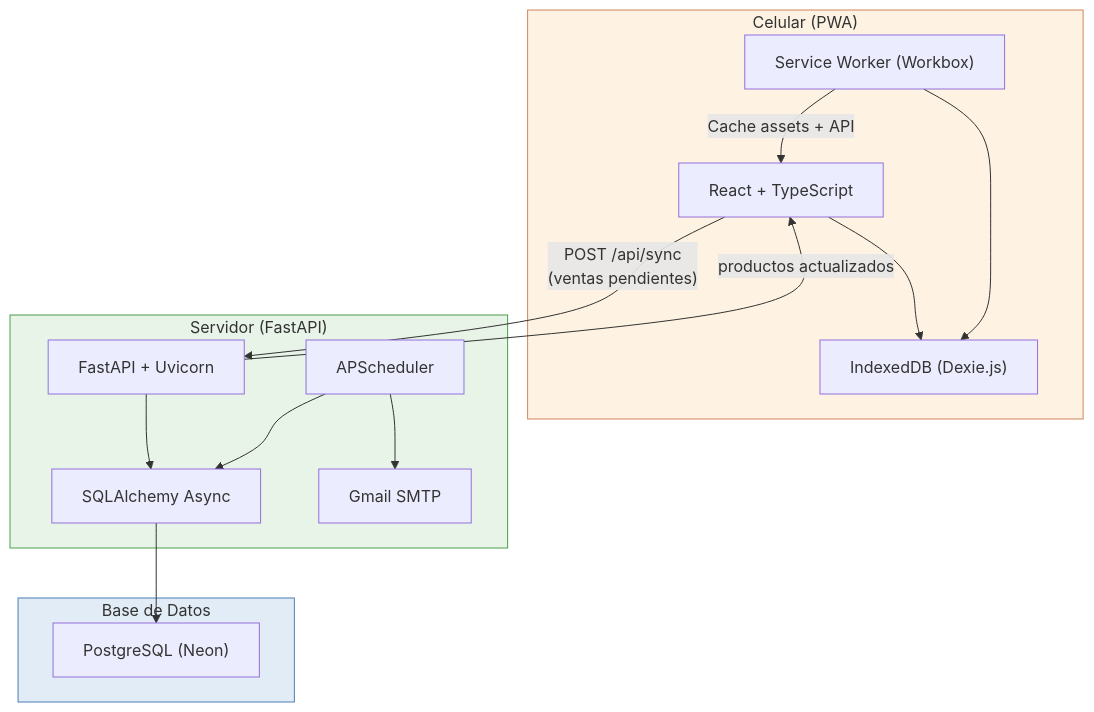
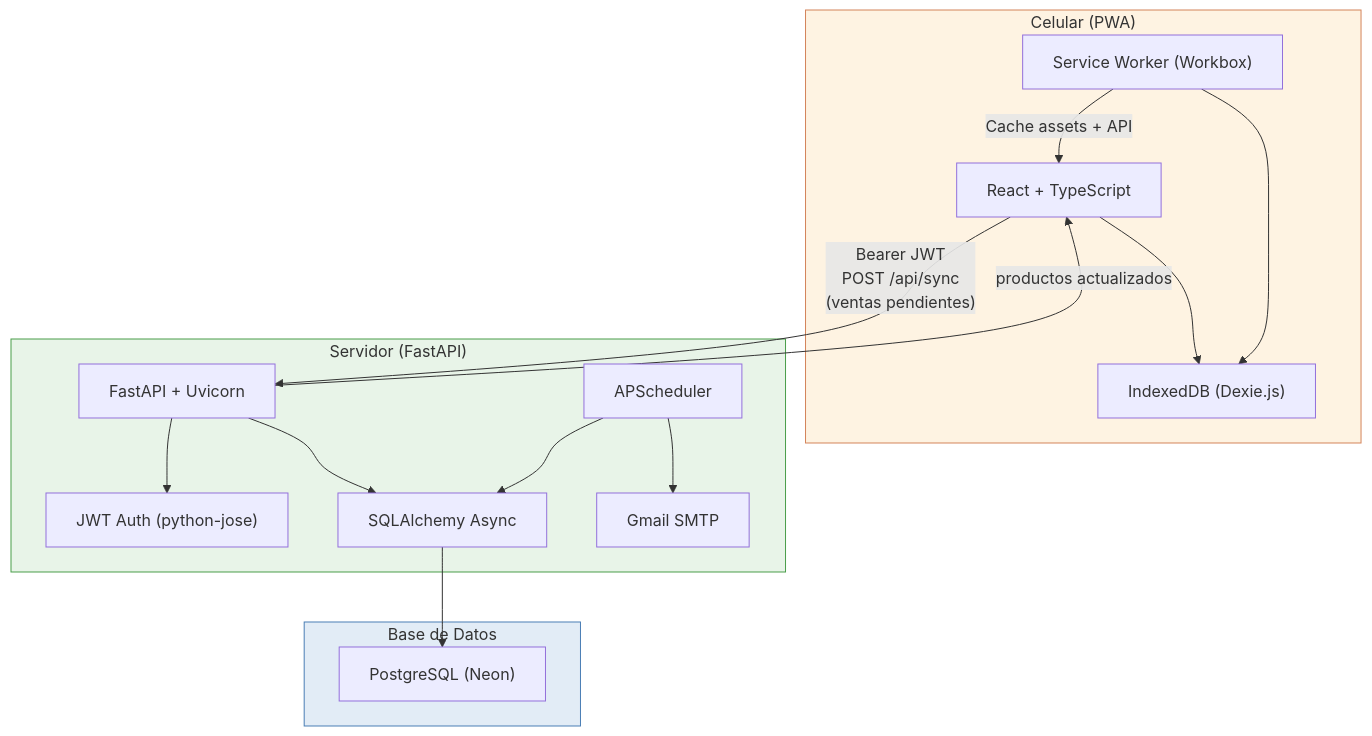
The first of 4 diagrams in README.md (ArturoFrancoMozqueda/sweet_home_pos), drawn with Mermaid before and after one commit. The commit also changed other lines of this file, not shown here.

````diff
--- a/README.md
+++ b/README.md
@@ -29,33 +45,35 @@
 ```mermaid
 graph TD
     subgraph Celular["Celular (PWA)"]
         UI["React + TypeScript"]
         SW["Service Worker (Workbox)"]
         IDB["IndexedDB (Dexie.js)"]
         UI --> IDB
         SW --> IDB
     end
 
     subgraph Backend["Servidor (FastAPI)"]
         API["FastAPI + Uvicorn"]
+        AUTH["JWT Auth (python-jose)"]
         ORM["SQLAlchemy Async"]
         SCH["APScheduler"]
         EMAIL["Gmail SMTP"]
+        API --> AUTH
         API --> ORM
         SCH --> EMAIL
         SCH --> ORM
     end
 
     subgraph DB["Base de Datos"]
         PG["PostgreSQL (Neon)"]
     end
 
-    UI -- "POST /api/sync\n(ventas pendientes)" --> API
+    UI -- "Bearer JWT\nPOST /api/sync\n(ventas pendientes)" --> API
     API -- "productos actualizados" --> UI
     ORM --> PG
     SW -- "Cache assets + API" --> UI
 
     style Celular fill:#fef3e2,stroke:#d4845a,color:#333
     style Backend fill:#e8f4e8,stroke:#4a9e4a,color:#333
     style DB fill:#e2ecf6,stroke:#4a7eb5,color:#333
 ```
````
